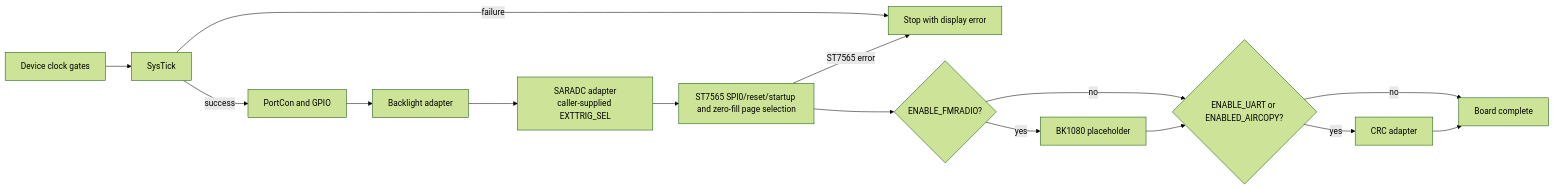
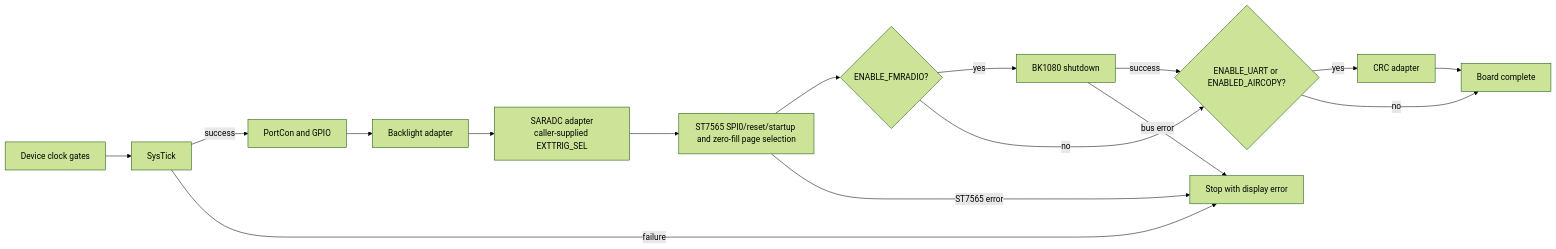
Before and after one commit to m0hdy/uv-k5-rust-firmware: the diagram in docs/board-startup-adapters.md, drawn with Mermaid (forest theme). The commit also changed other lines of this file and 14 other files, not shown here.

````diff
--- a/docs/board-startup-adapters.md
+++ b/docs/board-startup-adapters.md
@@ -21,17 +24,18 @@
 ```mermaid
 flowchart LR
   Clocks["Device clock gates"] --> Tick["SysTick"]
   Tick -->|success| Pins["PortCon and GPIO"]
   Tick -->|failure| Stop["Stop with startup error"]
   Pins --> Light["Backlight adapter"]
   Light --> ADC["SARADC adapter\ncaller-supplied EXTTRIG_SEL"]
   ADC --> Display["ST7565 SPI0/reset/startup and zero-fill page selection"]
   Display --> FM{"ENABLE_FMRADIO?"}
-  FM -->|yes| BK["BK1080 placeholder"]
+  FM -->|yes| BK["BK1080 shutdown"]
   FM -->|no| CRC{"ENABLE_UART or ENABLED_AIRCOPY?"}
-  BK --> CRC
+  BK -->|success| CRC
+  BK -->|bus error| Stop
   CRC -->|yes| Init["CRC adapter"]
   CRC -->|no| Done["Board complete"]
   Init --> Done
   Display -->|ST7565 error| Stop["Stop with display error"]
 ```
````
